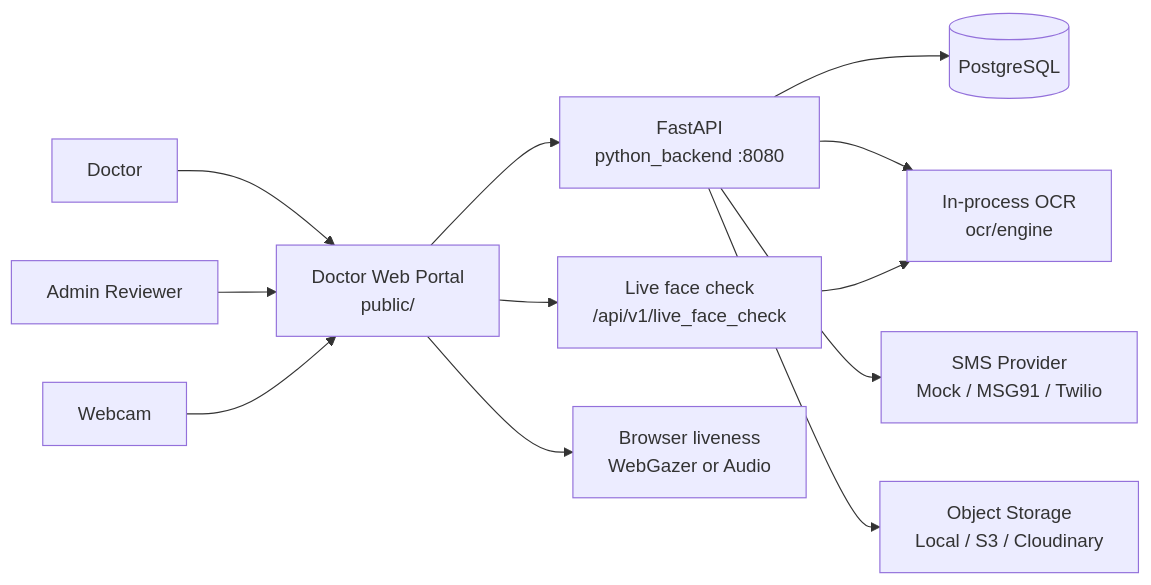
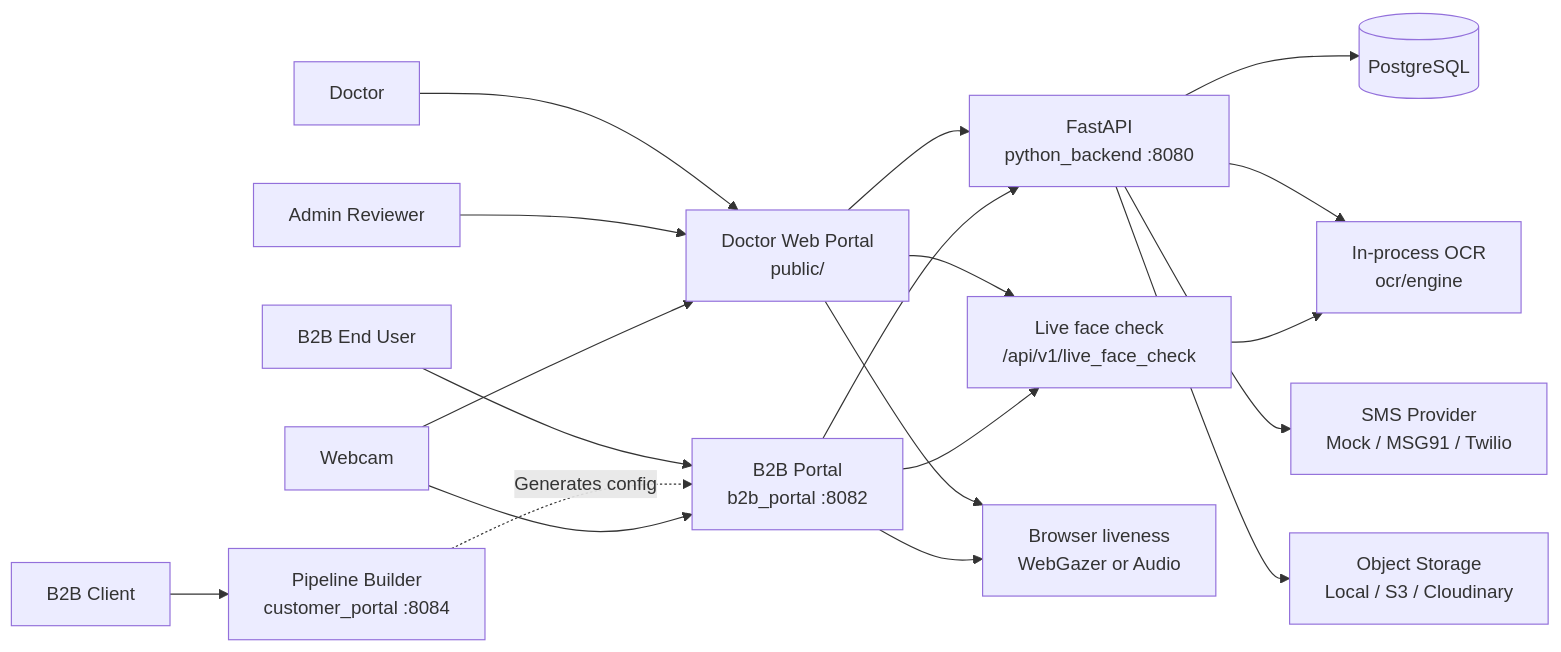
The first of 12 diagrams in docs/ARCHITECTURE.md (Saravanan2005real/zudoc-doctor-portal-EKYC), drawn with Mermaid before and after one commit. The commit also changed other lines of this file and 3 other files, not shown here.

Commit message:
fix: resolve inline css error in customer_portal and update docs

````diff
--- a/docs/ARCHITECTURE.md
+++ b/docs/ARCHITECTURE.md
@@ -13,26 +13,37 @@
 ```mermaid
 flowchart LR
   Doctor[Doctor]
   Admin[Admin Reviewer]
   Portal[Doctor Web Portal<br/>public/]
+  B2BClient[B2B Client]
+  CustPortal[Pipeline Builder<br/>customer_portal :8084]
+  B2BEndUser[B2B End User]
+  B2BUI[B2B Portal<br/>b2b_portal :8082]
   API[FastAPI<br/>python_backend :8080]
   PG[(PostgreSQL)]
   OCR[In-process OCR<br/>ocr/engine]
   Live[Live face check<br/>/api/v1/live_face_check]
   Eye[Browser liveness<br/>WebGazer or Audio]
   Cam[Webcam]
   SMS[SMS Provider<br/>Mock / MSG91 / Twilio]
   Store[Object Storage<br/>Local / S3 / Cloudinary]
 
   Doctor --> Portal
   Admin --> Portal
+  B2BClient --> CustPortal
+  B2BEndUser --> B2BUI
+  CustPortal -.->|"Generates config"| B2BUI
   Portal --> API
+  B2BUI --> API
   Cam --> Portal
+  Cam --> B2BUI
   Portal --> Eye
+  B2BUI --> Eye
   Portal --> Live
+  B2BUI --> Live
   API --> PG
   API --> OCR
   Live --> OCR
   API --> SMS
   API --> Store
 ```
````
